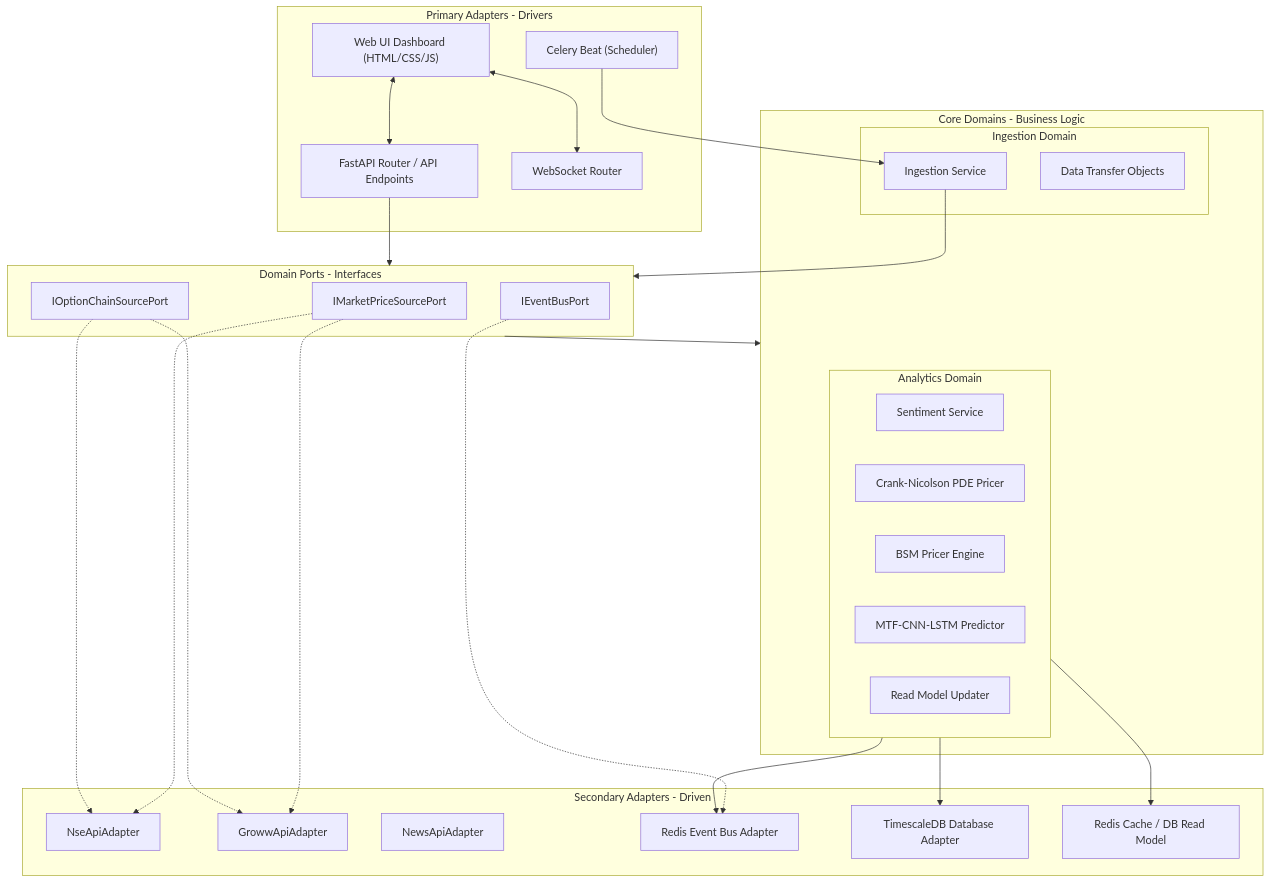
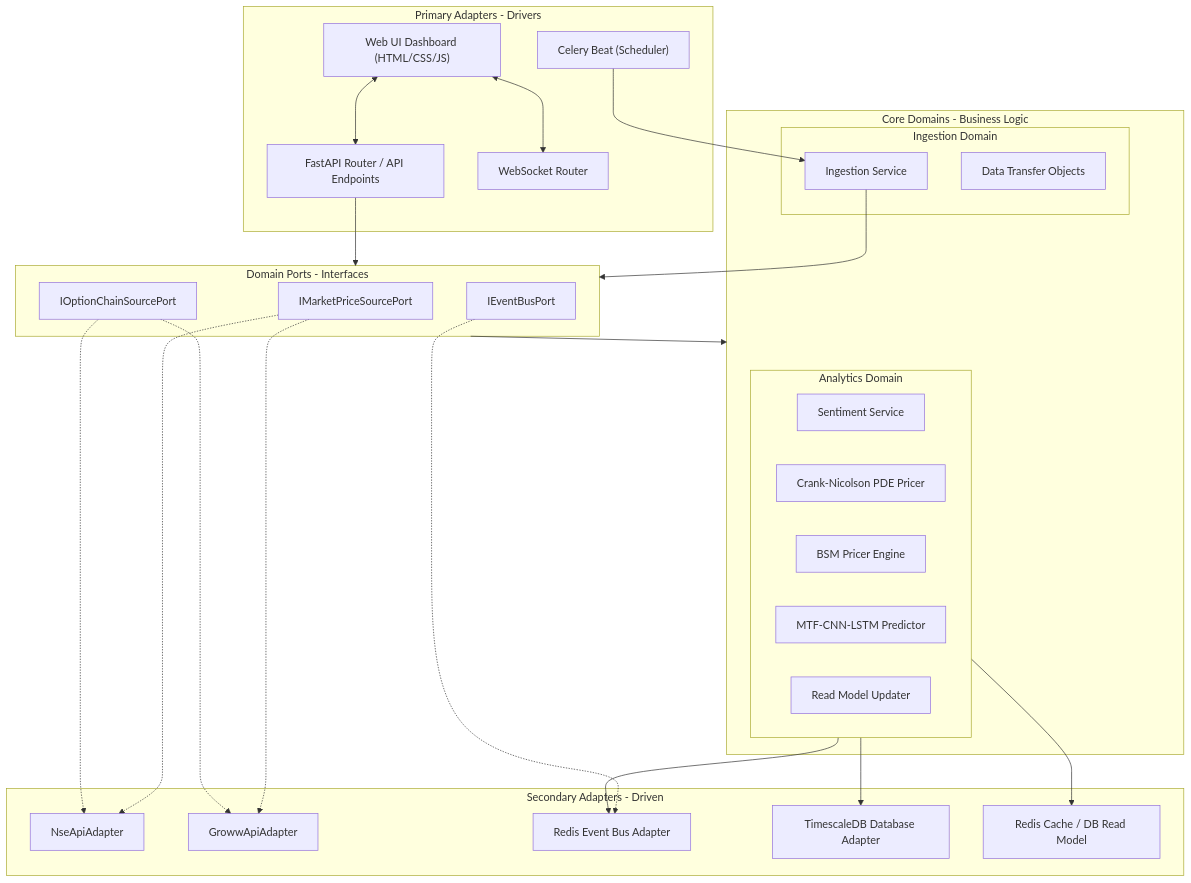
The second of 5 diagrams in docs/architecture.md (NirmayKadam/Shani), drawn with Mermaid before and after one commit. The commit also changed other lines of this file and 8 other files, not shown here.

````diff
--- a/docs/architecture.md
+++ b/docs/architecture.md
@@ -132,59 +99,58 @@
 ```mermaid
 graph TD
     subgraph PrimaryAdapters [Primary Adapters - Drivers]
         WebUI["Web UI Dashboard (HTML/CSS/JS)"]
         FastAPI_Router["FastAPI Router / API Endpoints"]
         WS_Events["WebSocket Router"]
         Celery_Beat["Celery Beat (Scheduler)"]
     end
 
     subgraph Ports [Domain Ports - Interfaces]
         IMarketPort["IMarketPriceSourcePort"]
         IOptionPort["IOptionChainSourcePort"]
         IEventBusPort["IEventBusPort"]
     end
 
     subgraph CoreDomain [Core Domains - Business Logic]
         subgraph Ingestion_Ctx [Ingestion Domain]
             IngestService["Ingestion Service"]
             DTOs["Data Transfer Objects"]
         end
         subgraph Analytics_Ctx [Analytics Domain]
             SentimentService["Sentiment Service"]
             CNPricer["Crank-Nicolson PDE Pricer"]
             BSMPricer["BSM Pricer Engine"]
             PredictorService["MTF-CNN-LSTM Predictor"]
             ReadModel["Read Model Updater"]
         end
     end
 
     subgraph SecondaryAdapters [Secondary Adapters - Driven]
         NseAdapter["NseApiAdapter"]
         GrowwAdapter["GrowwApiAdapter"]
-        NewsAdapter["NewsApiAdapter"]
         RedisBus["Redis Event Bus Adapter"]
         TimescaleDB["TimescaleDB Database Adapter"]
         RedisCache["Redis Cache / DB Read Model"]
     end
 
     %% Connectors
     WebUI <--> FastAPI_Router
     WebUI <--> WS_Events
     FastAPI_Router --> Ports
     Celery_Beat --> IngestService
     IngestService --> Ports
 
     Ports --> CoreDomain
 
     %% Interfaces implemented by adapters
     IMarketPort -.-> GrowwAdapter
     IMarketPort -.-> NseAdapter
     IOptionPort -.-> GrowwAdapter
     IOptionPort -.-> NseAdapter
     IEventBusPort -.-> RedisBus
 
     %% Core interactions with resources
     Analytics_Ctx --> TimescaleDB
     Analytics_Ctx --> RedisCache
     Analytics_Ctx --> RedisBus
 ```
````
